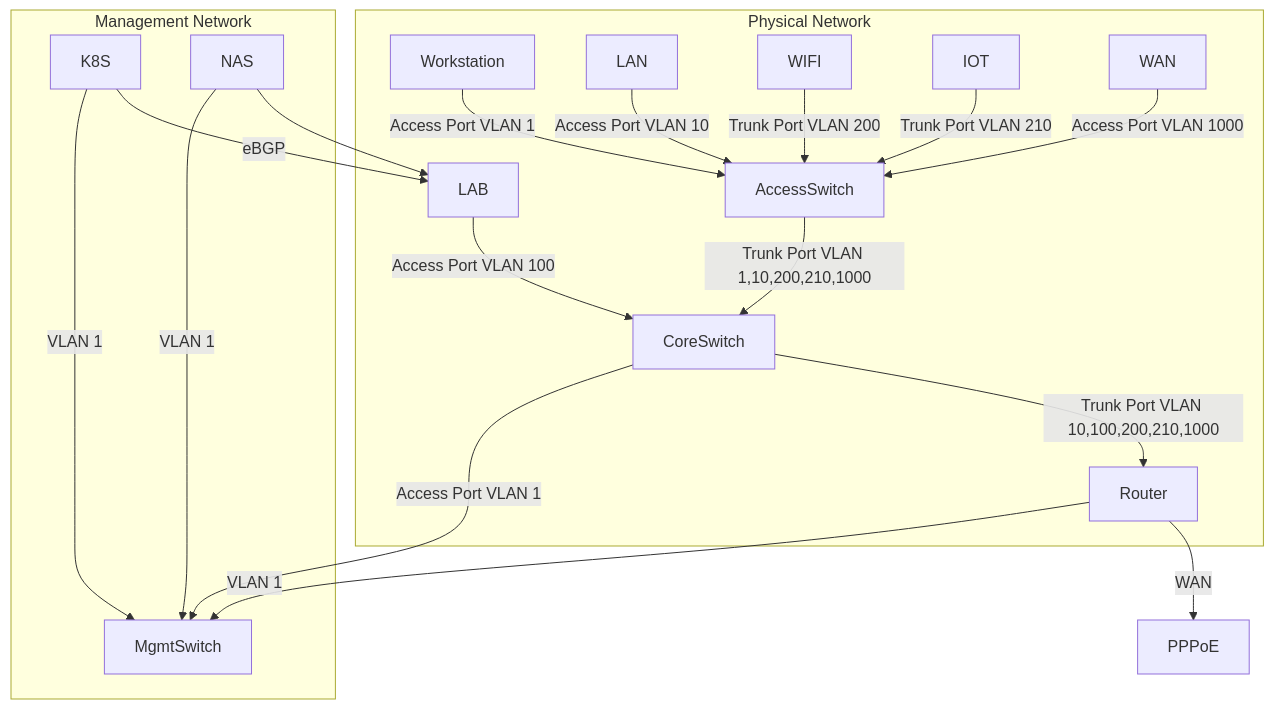
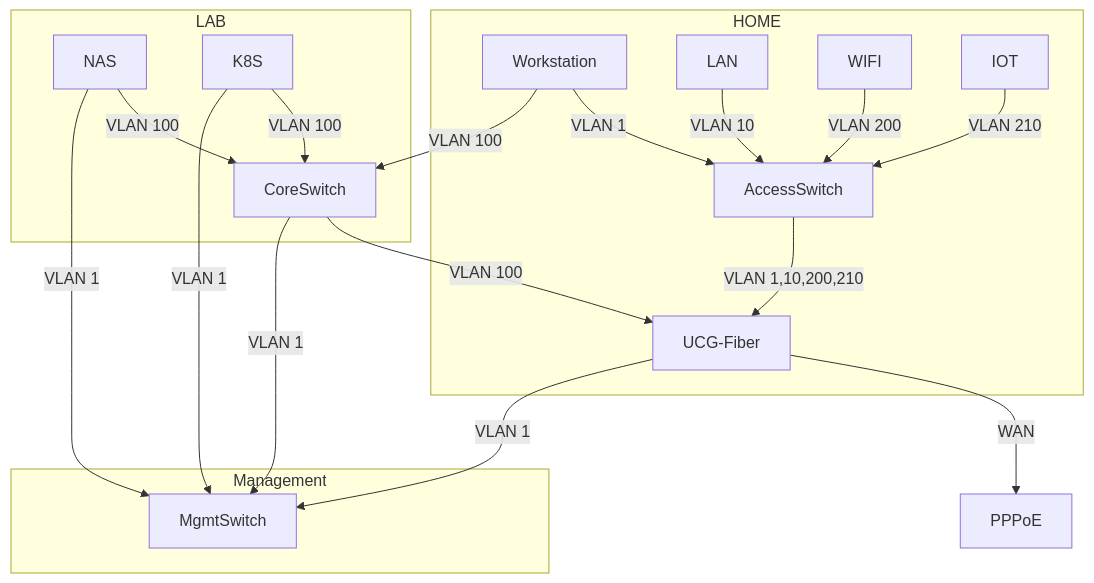
Before and after one commit to soulwhisper/homelab-ops: the diagram in infrastructure/switch/README.md, drawn with Mermaid. The commit also changed other lines of this file and 6 other files, not shown here.

````diff
--- a/infrastructure/switch/README.md
+++ b/infrastructure/switch/README.md
@@ -3,22 +3,23 @@
 ```mermaid
 graph TD
-  Router -->|WAN| PPPoE
-  K8S -->|eBGP| LAB
-  NAS --> LAB
-  subgraph Physical Network
-	Workstation -->|Access Port VLAN 1| AccessSwitch
-	LAN -->|Access Port VLAN 10| AccessSwitch
-	WIFI -->|Trunk Port VLAN 200| AccessSwitch
-	IOT -->|Trunk Port VLAN 210| AccessSwitch
-    WAN -->|Access Port VLAN 1000| AccessSwitch
-	LAB -->|Access Port VLAN 100| CoreSwitch
-	AccessSwitch -->|Trunk Port VLAN 1,10,200,210,1000| CoreSwitch
-	CoreSwitch -->|Trunk Port VLAN 10,100,200,210,1000| Router
+  UCG-Fiber -->|WAN| PPPoE
+  subgraph HOME
+	Workstation -->|VLAN 1| AccessSwitch
+	LAN -->|VLAN 10| AccessSwitch
+	WIFI -->|VLAN 200| AccessSwitch
+	IOT -->|VLAN 210| AccessSwitch
+	AccessSwitch -->|VLAN 1,10,200,210| UCG-Fiber
   end
-  subgraph Management Network
-	CoreSwitch -->|Access Port VLAN 1| MgmtSwitch
-	Router -->|VLAN 1| MgmtSwitch
+  subgraph LAB
+    Workstation -->|VLAN 100| CoreSwitch
+    NAS -->|VLAN 100| CoreSwitch
+    K8S -->|VLAN 100| CoreSwitch
+    CoreSwitch -->|VLAN 100| UCG-Fiber
+  end
+  subgraph Management
+	UCG-Fiber -->|VLAN 1| MgmtSwitch
+	CoreSwitch -->|VLAN 1| MgmtSwitch
 	K8S -->|VLAN 1| MgmtSwitch
 	NAS -->|VLAN 1| MgmtSwitch
   end
 ```
````
